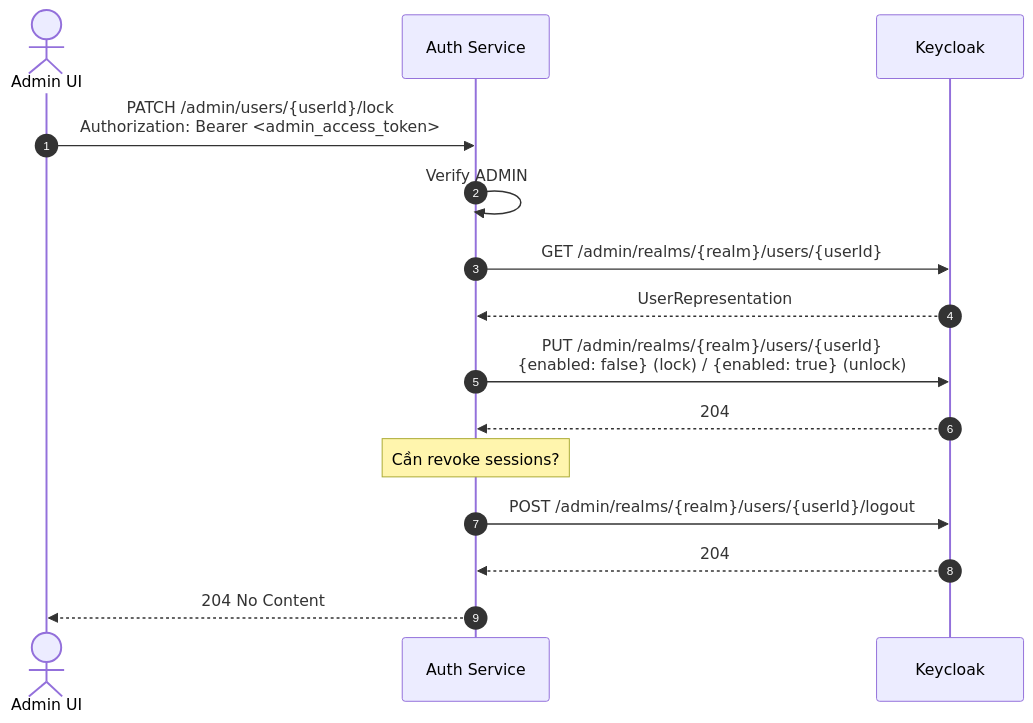
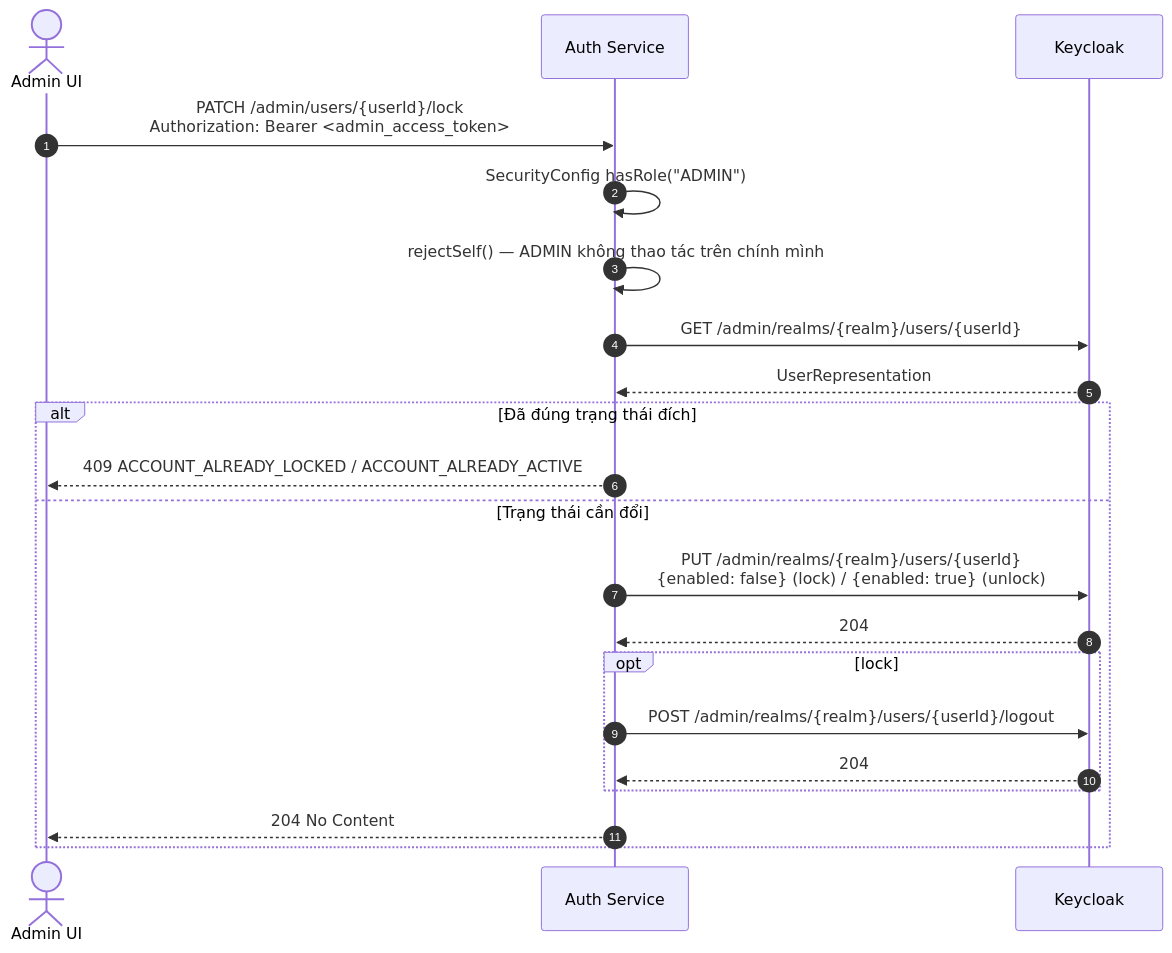
One commit to duymk123/EventHub changed the tenth of 13 diagrams in docs/architecture/auth-keycloak-flows.md. Above: the diagram before and after it, drawn with Mermaid. The commit also changed other lines of this file and 27 other files, not shown here.

````diff
--- a/docs/architecture/auth-keycloak-flows.md
+++ b/docs/architecture/auth-keycloak-flows.md
@@ -277,18 +317,24 @@
 ```mermaid
 sequenceDiagram
     autonumber
     actor FE as Admin UI
     participant AS as Auth Service
     participant KC as Keycloak
 
     FE->>AS: PATCH /admin/users/{userId}/lock<br/>Authorization: Bearer <admin_access_token>
-    AS->>AS: Verify ADMIN
+    AS->>AS: SecurityConfig hasRole("ADMIN")
+    AS->>AS: rejectSelf() — ADMIN không thao tác trên chính mình
     AS->>KC: GET /admin/realms/{realm}/users/{userId}
     KC-->>AS: UserRepresentation
-    AS->>KC: PUT /admin/realms/{realm}/users/{userId}<br/>{enabled: false}  (lock) / {enabled: true} (unlock)
-    KC-->>AS: 204
-    Note over AS: Cần revoke sessions?
-    AS->>KC: POST /admin/realms/{realm}/users/{userId}/logout
-    KC-->>AS: 204
-    AS-->>FE: 204 No Content
+    alt Đã đúng trạng thái đích
+        AS-->>FE: 409 ACCOUNT_ALREADY_LOCKED / ACCOUNT_ALREADY_ACTIVE
+    else Trạng thái cần đổi
+        AS->>KC: PUT /admin/realms/{realm}/users/{userId}<br/>{enabled: false}  (lock) / {enabled: true} (unlock)
+        KC-->>AS: 204
+        opt lock
+            AS->>KC: POST /admin/realms/{realm}/users/{userId}/logout
+            KC-->>AS: 204
+        end
+        AS-->>FE: 204 No Content
+    end
 ```
````
